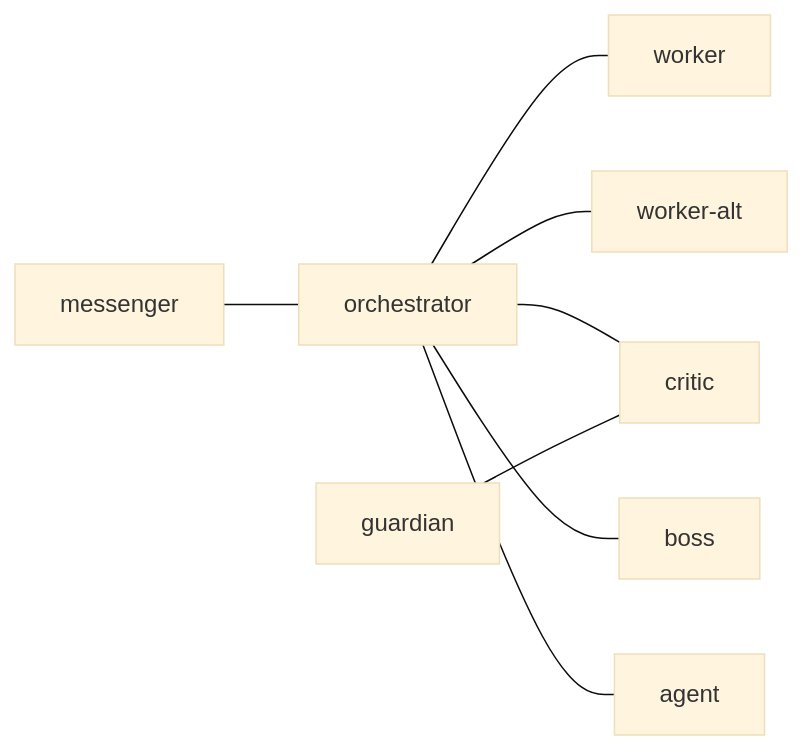
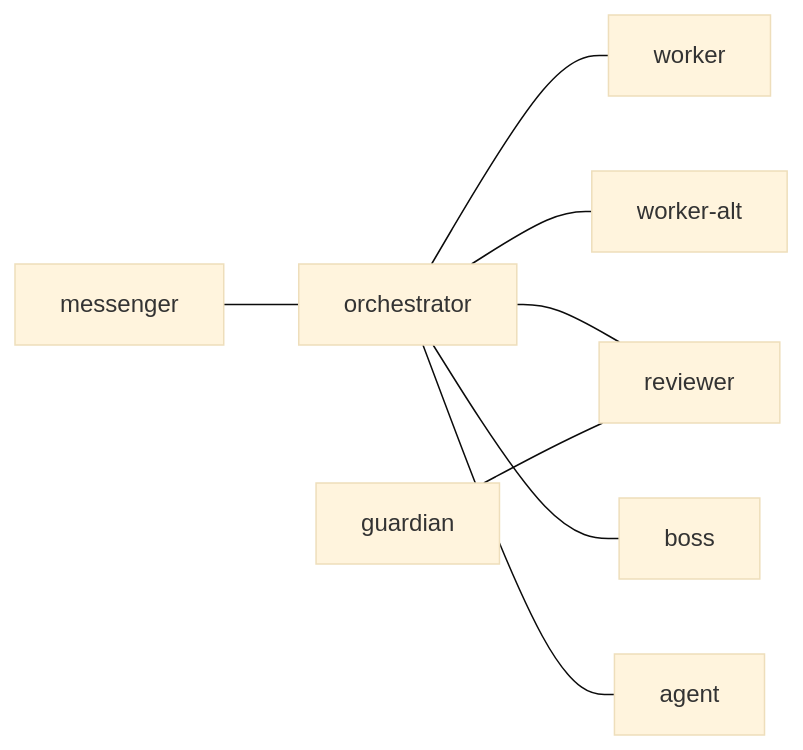
Before and after one commit to i9wa4/dotfiles: the diagram in config/tmux-a2a-postman/postman.md, drawn with Mermaid (base theme). The commit also changed other lines of this file and 7 other files, not shown here.

````diff
--- a/config/tmux-a2a-postman/postman.md
+++ b/config/tmux-a2a-postman/postman.md
@@ -9,10 +9,10 @@
 ```mermaid
 graph LR
     messenger --- orchestrator
     orchestrator --- worker
     orchestrator --- worker-alt
-    orchestrator --- critic
+    orchestrator --- reviewer
     orchestrator --- boss
-    guardian --- critic
+    guardian --- reviewer
     orchestrator --- agent
 ```
````
